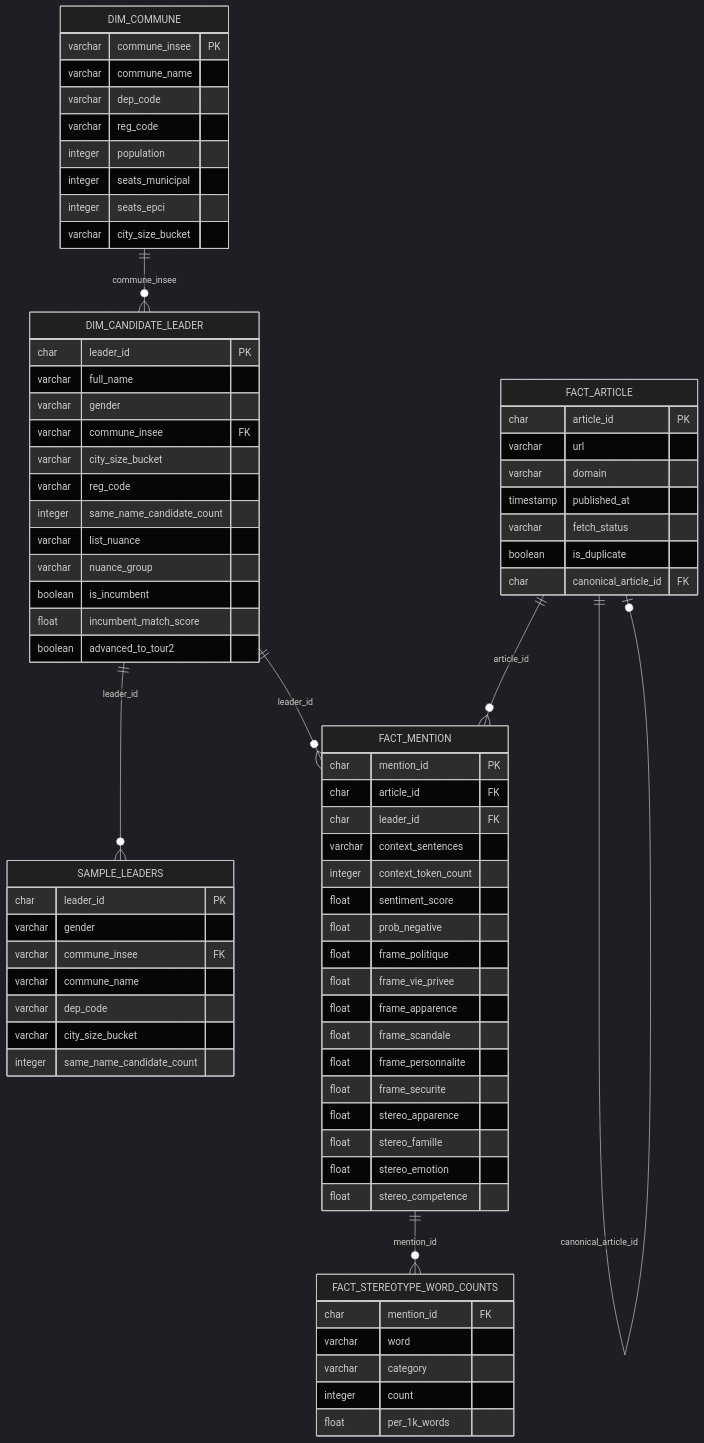
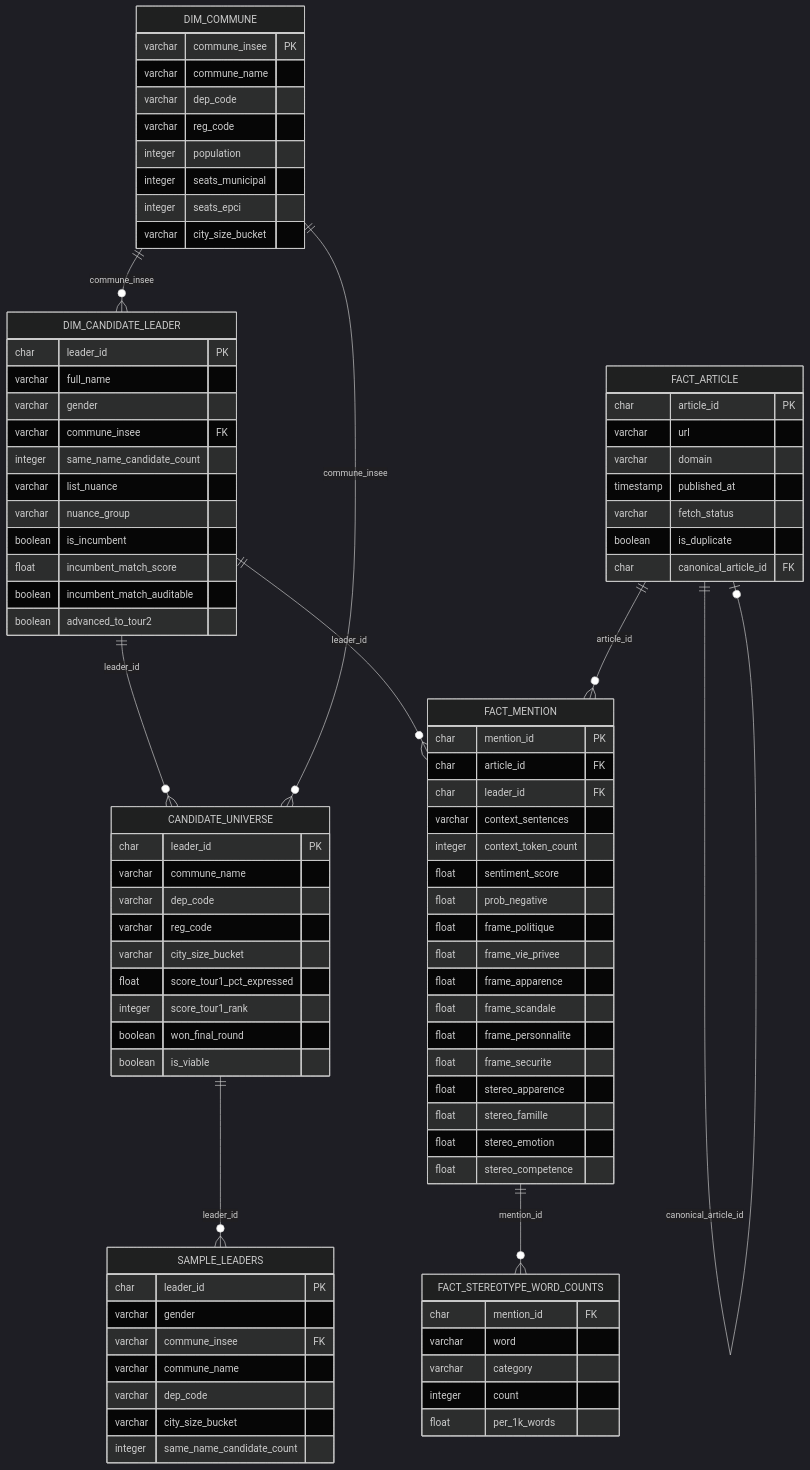
Before and after one commit to cchoooots98/election-gender-bias_D4W: the second of 2 diagrams in docs/architecture.md, drawn with Mermaid (dark theme). The commit also changed other lines of this file and 12 other files, not shown here.

```diff
--- a/docs/architecture.md
+++ b/docs/architecture.md
@@ -114,14 +125,25 @@
         varchar full_name
         varchar gender
         varchar commune_insee FK
-        varchar city_size_bucket
-        varchar reg_code
         integer same_name_candidate_count
         varchar list_nuance
         varchar nuance_group
         boolean is_incumbent
         float   incumbent_match_score
+        boolean incumbent_match_auditable
         boolean advanced_to_tour2
+    }
+
+    CANDIDATE_UNIVERSE {
+        char    leader_id PK
+        varchar commune_name
+        varchar dep_code
+        varchar reg_code
+        varchar city_size_bucket
+        float   score_tour1_pct_expressed
+        integer score_tour1_rank
+        boolean won_final_round
+        boolean is_viable
     }
 
     SAMPLE_LEADERS {
@@ -173,7 +195,9 @@
     }
 
     DIM_COMMUNE ||--o{ DIM_CANDIDATE_LEADER : "commune_insee"
-    DIM_CANDIDATE_LEADER ||--o{ SAMPLE_LEADERS : "leader_id"
+    DIM_CANDIDATE_LEADER ||--o{ CANDIDATE_UNIVERSE : "leader_id"
+    DIM_COMMUNE ||--o{ CANDIDATE_UNIVERSE : "commune_insee"
+    CANDIDATE_UNIVERSE ||--o{ SAMPLE_LEADERS : "leader_id"
     DIM_CANDIDATE_LEADER ||--o{ FACT_MENTION : "leader_id"
     FACT_ARTICLE ||--o{ FACT_MENTION : "article_id"
     FACT_ARTICLE ||--o| FACT_ARTICLE : "canonical_article_id"
```
